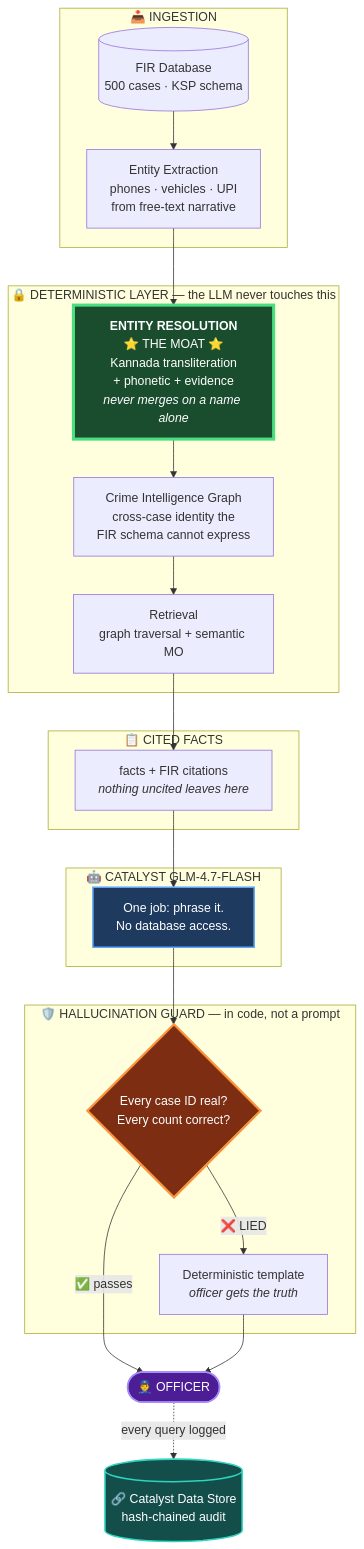
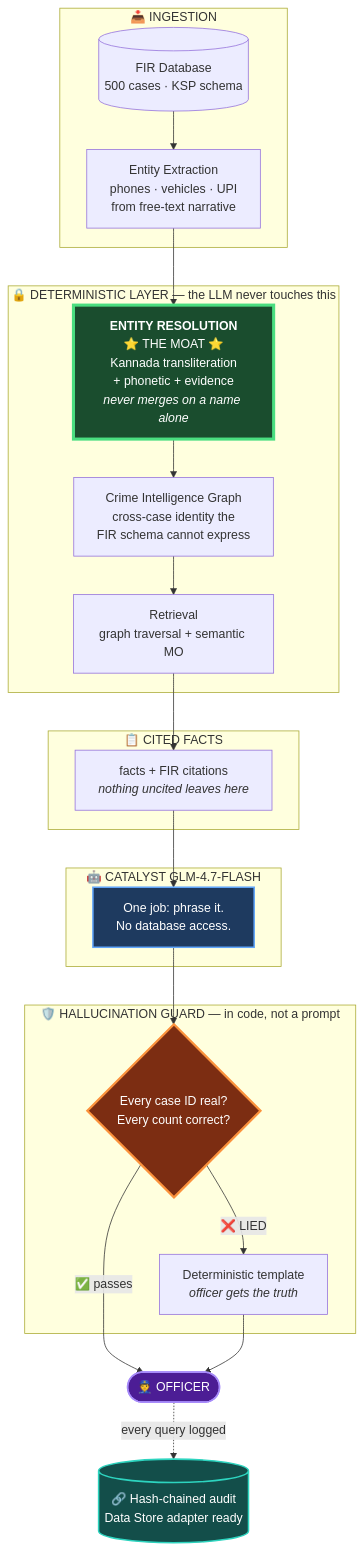
Before and after one commit to SakethSumanBathini/KSP_DATATHON: the first of 3 diagrams in README.md, drawn with Mermaid. The commit also changed other lines of this file and 7 other files, not shown here.

````diff
--- a/README.md
+++ b/README.md
@@ -123,40 +123,40 @@
 ```mermaid
 flowchart TB
     subgraph INGEST["📥 INGESTION"]
         FIR[("FIR Database<br/>500 cases · KSP schema")]
         EXT["Entity Extraction<br/>phones · vehicles · UPI<br/>from free-text narrative"]
     end
 
     subgraph DET["🔒 DETERMINISTIC LAYER — the LLM never touches this"]
         ER["<b>ENTITY RESOLUTION</b><br/>⭐ THE MOAT ⭐<br/>Kannada transliteration<br/>+ phonetic + evidence<br/><i>never merges on a name alone</i>"]
         GRAPH["Crime Intelligence Graph<br/>cross-case identity the<br/>FIR schema cannot express"]
         RET["Retrieval<br/>graph traversal + semantic MO"]
     end
 
     subgraph FACTS["📋 CITED FACTS"]
         F["facts + FIR citations<br/><i>nothing uncited leaves here</i>"]
     end
 
     subgraph LLM["🤖 CATALYST GLM-4.7-FLASH"]
         G["One job: phrase it.<br/>No database access."]
     end
 
     subgraph GUARD["🛡️ HALLUCINATION GUARD — in code, not a prompt"]
         H{"Every case ID real?<br/>Every count correct?"}
         T["Deterministic template<br/><i>officer gets the truth</i>"]
     end
 
     OFF(["👮 OFFICER"])
-    AUD[("🔗 Catalyst Data Store<br/>hash-chained audit")]
+    AUD[("🔗 Hash-chained audit<br/>Data Store adapter ready")]
 
     FIR --> EXT --> ER --> GRAPH --> RET --> F --> G --> H
     H -->|"✅ passes"| OFF
     H -->|"❌ LIED"| T --> OFF
     OFF -.->|"every query logged"| AUD
 
     style ER fill:#1a4d2e,stroke:#4ade80,stroke-width:4px,color:#fff
     style H fill:#7c2d12,stroke:#fb923c,stroke-width:3px,color:#fff
     style G fill:#1e3a5f,stroke:#60a5fa,stroke-width:2px,color:#fff
     style OFF fill:#4c1d95,stroke:#a78bfa,stroke-width:2px,color:#fff
     style AUD fill:#134e4a,stroke:#2dd4bf,stroke-width:2px,color:#fff
 ```
````
